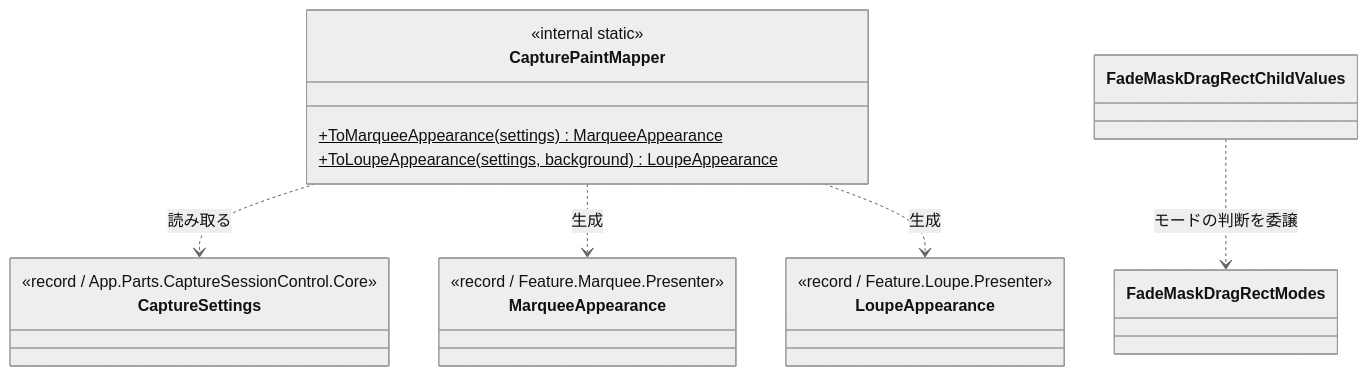
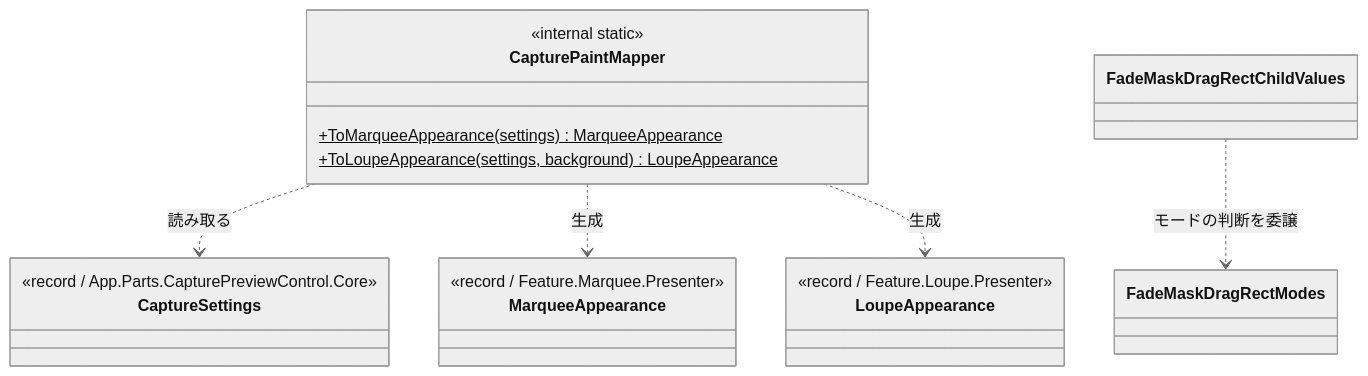
One commit to tomokuni/SaveEvidence changed the second of 3 diagrams in src/App.Parts.CaptureSessionControl.UIBase/SPEC_System.md. Above: the diagram before and after it, drawn with Mermaid (neutral theme). The commit also changed other lines of this file and 279 other files, not shown here.

````diff
--- a/src/App.Parts.CaptureSessionControl.UIBase/SPEC_System.md
+++ b/src/App.Parts.CaptureSessionControl.UIBase/SPEC_System.md
@@ -61,22 +61,22 @@
 ```mermaid
 classDiagram
   class CapturePaintMapper {
     <<internal static>>
     +ToMarqueeAppearance(settings)$ MarqueeAppearance
     +ToLoupeAppearance(settings, background)$ LoupeAppearance
   }
   class CaptureSettings {
-    <<record / App.Parts.CaptureSessionControl.Core>>
+    <<record / App.Parts.CapturePreviewControl.Core>>
   }
   class MarqueeAppearance {
     <<record / Feature.Marquee.Presenter>>
   }
   class LoupeAppearance {
     <<record / Feature.Loupe.Presenter>>
   }
 
   CapturePaintMapper ..> CaptureSettings : 読み取る
   CapturePaintMapper ..> MarqueeAppearance : 生成
   CapturePaintMapper ..> LoupeAppearance : 生成
   FadeMaskDragRectChildValues ..> FadeMaskDragRectModes : モードの判断を委譲
 ```
````
